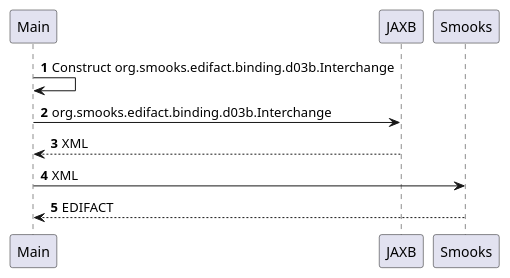
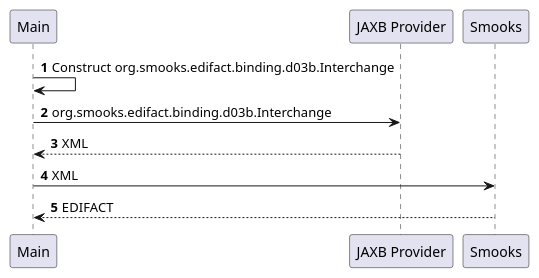
The diagram in java-to-edifact-programmatic/README.md (smooks/smooks-examples), drawn with PlantUML before and after one commit. The commit also changed other lines of this file and 1 other file, not shown here.

Commit message:
docs: rename UML actor (#277)

````diff
--- a/java-to-edifact-programmatic/README.md
+++ b/java-to-edifact-programmatic/README.md
@@ -38,11 +38,11 @@
 ```plantuml
 @startuml
 autonumber
 
 Main -> Main : Construct org.smooks.edifact.binding.d03b.Interchange
-Main -> JAXB: org.smooks.edifact.binding.d03b.Interchange
-Main <-- JAXB: XML
+Main -> "JAXB Provider": org.smooks.edifact.binding.d03b.Interchange
+Main <-- "JAXB Provider": XML
 Main -> Smooks: XML
 Main <-- Smooks: EDIFACT
 @enduml
 ```
````
